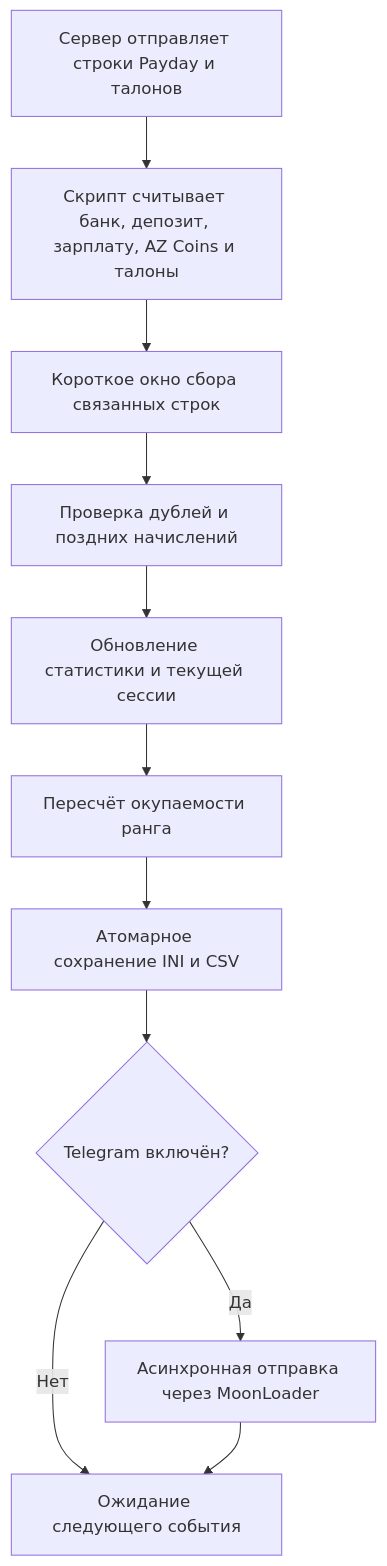
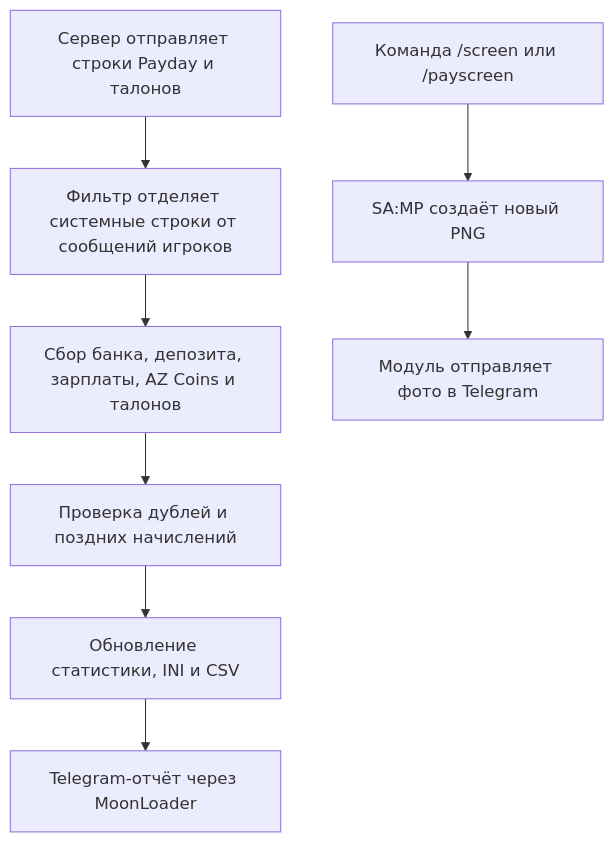
One commit to artyom129/Arizona-Payday-Clean changed the diagram in README.md. Above: the diagram before and after it, drawn with Mermaid. The commit also changed other lines of this file and 3 other files, not shown here.

````diff
--- a/README.md
+++ b/README.md
@@ -375,13 +389,10 @@
 ```mermaid
 flowchart TD
-    A[Сервер отправляет строки Payday и талонов] --> B[Скрипт считывает банк, депозит, зарплату, AZ Coins и талоны]
-    B --> C[Короткое окно сбора связанных строк]
+    A[Сервер отправляет строки Payday и талонов] --> B[Фильтр отделяет системные строки от сообщений игроков]
+    B --> C[Сбор банка, депозита, зарплаты, AZ Coins и талонов]
     C --> D[Проверка дублей и поздних начислений]
-    D --> E[Обновление статистики и текущей сессии]
-    E --> F[Пересчёт окупаемости ранга]
-    F --> G[Атомарное сохранение INI и CSV]
-    G --> H{Telegram включён?}
-    H -- Нет --> I[Ожидание следующего события]
-    H -- Да --> J[Асинхронная отправка через MoonLoader]
-    J --> I
+    D --> E[Обновление статистики, INI и CSV]
+    E --> F[Telegram-отчёт через MoonLoader]
+    S[Команда /screen или /payscreen] --> T[SA:MP создаёт новый PNG]
+    T --> U[Модуль отправляет фото в Telegram]
 ```
````
